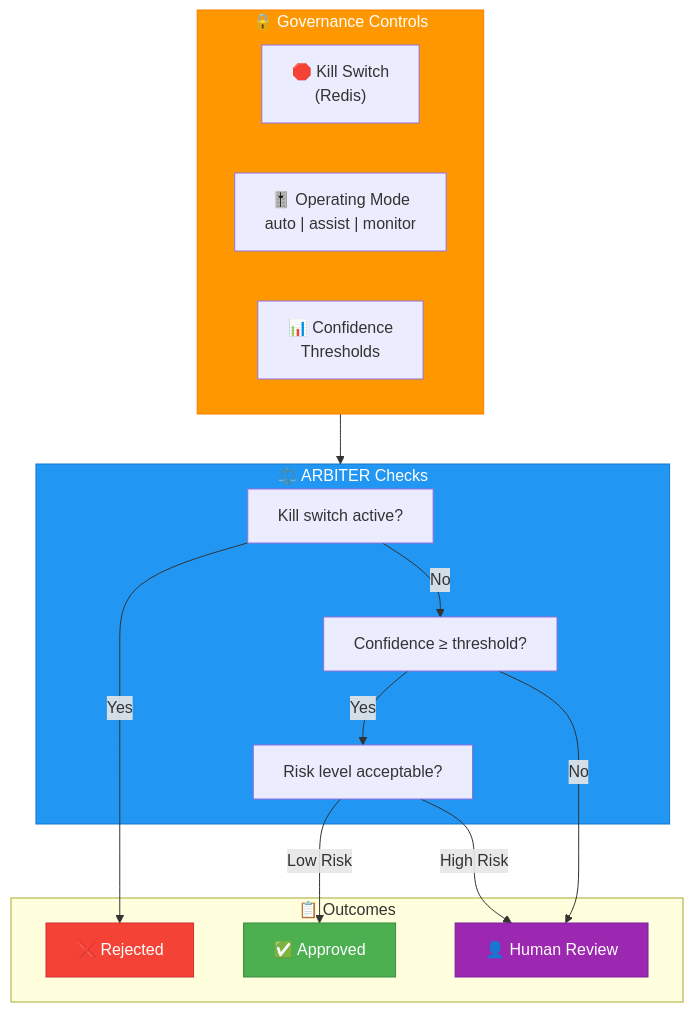
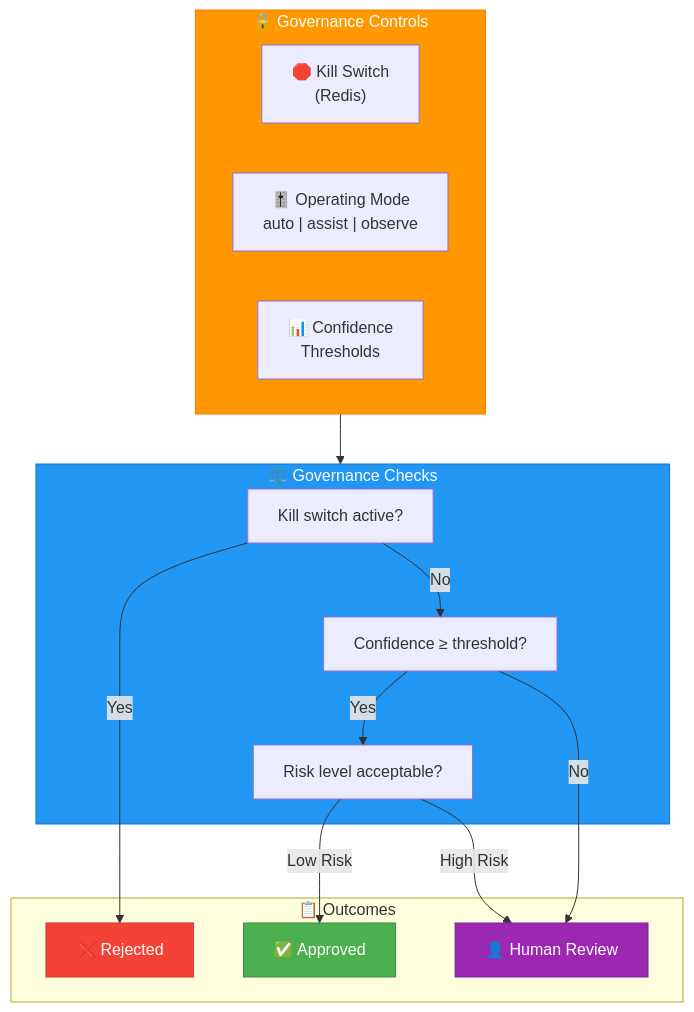
Before and after one commit to maniltns/AEGIS: the fifth of 7 diagrams in docs/architecture-diagrams.md, drawn with Mermaid. The commit also changed other lines of this file and 6 other files, not shown here.

````diff
--- a/docs/architecture-diagrams.md
+++ b/docs/architecture-diagrams.md
@@ -246,34 +213,34 @@
 ```mermaid
 flowchart TB
     subgraph CONTROLS["🔒 Governance Controls"]
         KS["🛑 Kill Switch<br/>(Redis)"]
-        MODE["🎚️ Operating Mode<br/>auto | assist | monitor"]
+        MODE["🎚️ Operating Mode<br/>auto | assist | observe"]
         THRESH["📊 Confidence<br/>Thresholds"]
     end
     
-    subgraph CHECK["⚖️ ARBITER Checks"]
+    subgraph CHECK["⚖️ Governance Checks"]
         C1["Kill switch active?"]
         C2["Confidence ≥ threshold?"]
         C3["Risk level acceptable?"]
     end
     
     subgraph OUTCOMES["📋 Outcomes"]
         APPROVE["✅ Approved"]
         REJECT["❌ Rejected"]
         REVIEW["👤 Human Review"]
     end
     
     CONTROLS --> CHECK
     C1 -->|Yes| REJECT
     C1 -->|No| C2
     C2 -->|Yes| C3
     C2 -->|No| REVIEW
     C3 -->|Low Risk| APPROVE
     C3 -->|High Risk| REVIEW
     
     style CONTROLS fill:#ff9800,stroke:#f57c00,color:#fff
     style CHECK fill:#2196f3,stroke:#1976d2,color:#fff
     style APPROVE fill:#4caf50,stroke:#388e3c,color:#fff
     style REJECT fill:#f44336,stroke:#d32f2f,color:#fff
     style REVIEW fill:#9c27b0,stroke:#7b1fa2,color:#fff
 ```
````
